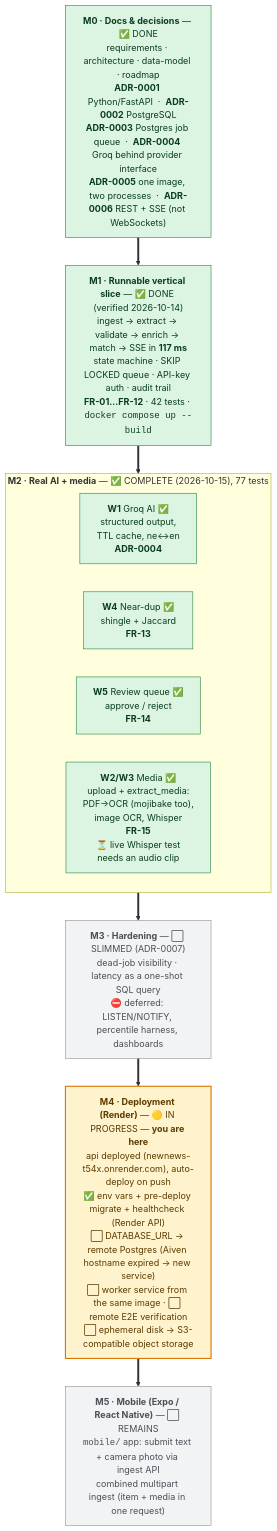
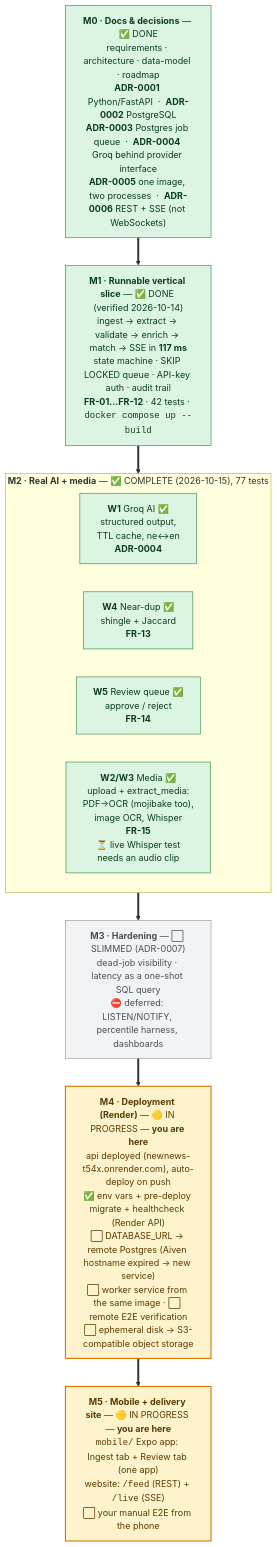
The diagram in docs/roadmap.md (AdityaBhusal/NewNews), drawn with Mermaid before and after one commit. The commit also changed other lines of this file and 19 other files, not shown here.

First line of the commit message:
feat(mobile): Expo Go app — Ingest tab + Review tab, delivery site plan

````diff
--- a/docs/roadmap.md
+++ b/docs/roadmap.md
@@ -11,26 +11,26 @@
 ```mermaid
 flowchart TB
     classDef done fill:#dcf5e3,stroke:#1a7f37,color:#0a3d1c
     classDef here fill:#fff3cd,stroke:#d97706,stroke-width:2px,color:#5b3a00
     classDef todo fill:#f1f3f5,stroke:#868e96,color:#495057
 
     M0["<b>M0 · Docs &amp; decisions</b> — ✅ DONE<br/>requirements · architecture · data-model · roadmap<br/><b>ADR-0001</b> Python/FastAPI &nbsp;·&nbsp; <b>ADR-0002</b> PostgreSQL<br/><b>ADR-0003</b> Postgres job queue &nbsp;·&nbsp; <b>ADR-0004</b> Groq behind provider interface<br/><b>ADR-0005</b> one image, two processes &nbsp;·&nbsp; <b>ADR-0006</b> REST + SSE (not WebSockets)"]:::done
 
     M1["<b>M1 · Runnable vertical slice</b> — ✅ DONE (verified 2026-10-14)<br/>ingest → extract → validate → enrich → match → SSE in <b>117 ms</b><br/>state machine · SKIP LOCKED queue · API-key auth · audit trail<br/><b>FR-01…FR-12</b> · 42 tests · <code>docker compose up --build</code>"]:::done
 
     subgraph M2G["<b>M2 · Real AI + media</b> — ✅ COMPLETE (2026-10-15), 77 tests"]
         direction LR
         W1["<b>W1</b> Groq AI ✅<br/>structured output,<br/>TTL cache, ne↔en<br/><b>ADR-0004</b>"]:::done
         W4["<b>W4</b> Near-dup ✅<br/>shingle + Jaccard<br/><b>FR-13</b>"]:::done
         W5["<b>W5</b> Review queue ✅<br/>approve / reject<br/><b>FR-14</b>"]:::done
         W23["<b>W2/W3</b> Media ✅<br/>upload + extract_media:<br/>PDF→OCR (mojibake too),<br/>image OCR, Whisper<br/><b>FR-15</b><br/>⏳ live Whisper test<br/>needs an audio clip"]:::done
     end
 
     M3["<b>M3 · Hardening</b> — ⬜ SLIMMED (ADR-0007)<br/>dead-job visibility · latency as a one-shot SQL query<br/>⛔ deferred: LISTEN/NOTIFY, percentile harness, dashboards"]:::todo
 
     M4["<b>M4 · Deployment (Render)</b> — 🟡 IN PROGRESS — <b>you are here</b><br/>api deployed (newnews-t54x.onrender.com), auto-deploy on push<br/>✅ env vars + pre-deploy migrate + healthcheck (Render API)<br/>⬜ DATABASE_URL → remote Postgres (Aiven hostname expired → new service)<br/>⬜ worker service from the same image · ⬜ remote E2E verification<br/>⬜ ephemeral disk → S3-compatible object storage"]:::here
 
-    M5["<b>M5 · Mobile (Expo / React Native)</b> — ⬜ REMAINS<br/><code>mobile/</code> app: submit text + camera photo via ingest API<br/>combined multipart ingest (item + media in one request)"]:::todo
+    M5["<b>M5 · Mobile + delivery site</b> — 🟡 IN PROGRESS — <b>you are here</b><br/><code>mobile/</code> Expo app: Ingest tab + Review tab (one app)<br/>website: <code>/feed</code> (REST) + <code>/live</code> (SSE)<br/>⬜ your manual E2E from the phone"]:::here
 
     M0 ==> M1 ==> M2G ==> M3 ==> M4 ==> M5
 ```
````
